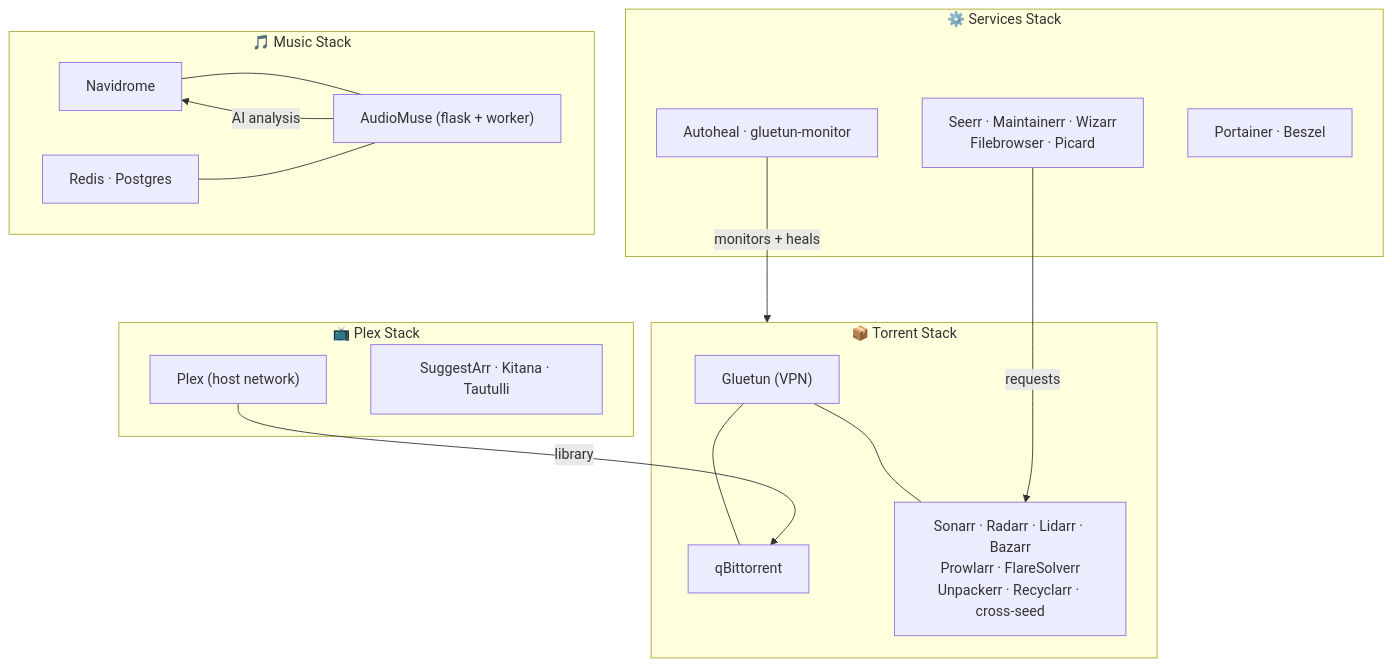
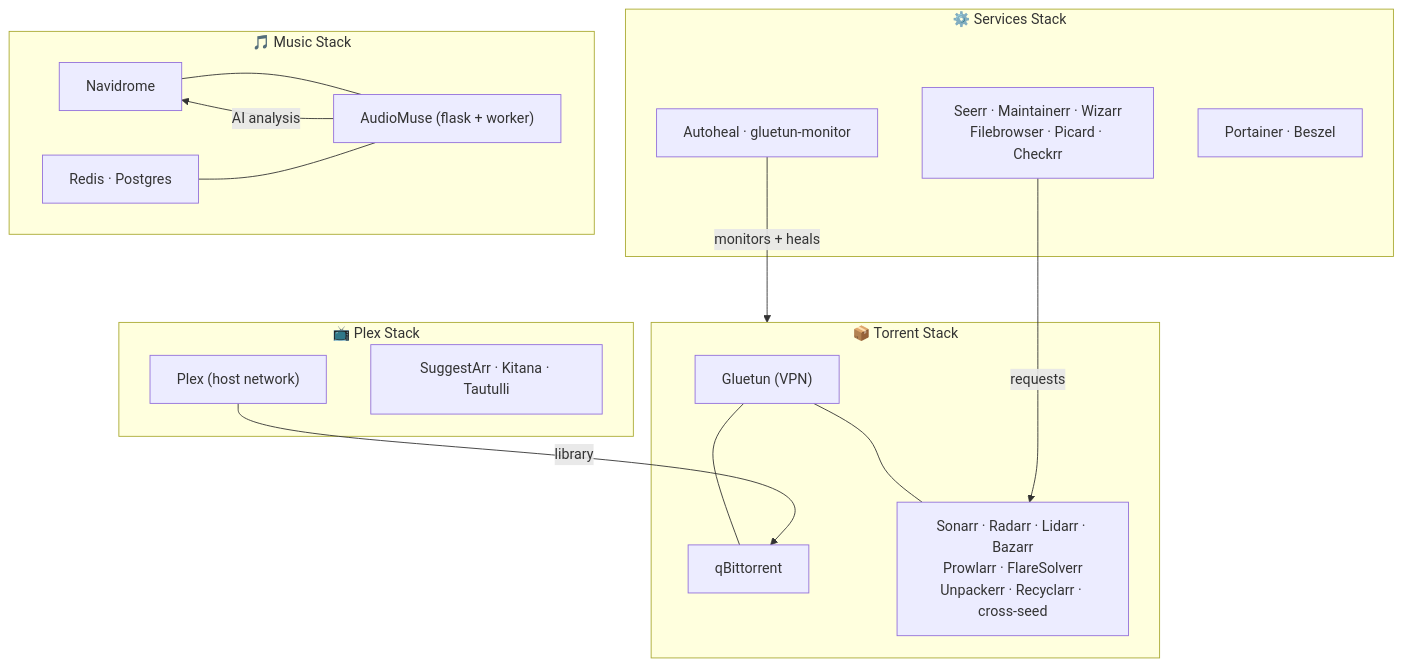
The diagram in README.md (ZisisKostakakis/homelab-media), drawn with Mermaid before and after one commit. The commit also changed other lines of this file and 1 other file, not shown here.

Commit message:
docs: document Checkrr setup and add it to service tables and diagrams

````diff
--- a/README.md
+++ b/README.md
@@ -36,33 +36,33 @@
 ```mermaid
 graph TB
     subgraph TORRENT["📦 Torrent Stack"]
         GL["Gluetun (VPN)"]
         QB["qBittorrent"]
         ARR["Sonarr · Radarr · Lidarr · Bazarr\nProwlarr · FlareSolverr\nUnpackerr · Recyclarr · cross-seed"]
         GL --- QB & ARR
     end
 
     subgraph PLEX["📺 Plex Stack"]
         PX["Plex (host network)"]
         PS["SuggestArr · Kitana · Tautulli"]
     end
 
     subgraph SERVICES["⚙️ Services Stack"]
-        SR["Seerr · Maintainerr · Wizarr\nFilebrowser · Picard"]
+        SR["Seerr · Maintainerr · Wizarr\nFilebrowser · Picard · Checkrr"]
         SH["Autoheal · gluetun-monitor"]
         OPS["Portainer · Beszel"]
     end
 
     subgraph MUSIC["🎵 Music Stack"]
         NAV["Navidrome"]
         AM["AudioMuse (flask + worker)"]
         DB["Redis · Postgres"]
         NAV --- AM
         DB --- AM
     end
 
     SR -->|"requests"| ARR
     PX -->|"library"| QB
     SH -->|"monitors + heals"| TORRENT
     AM -->|"AI analysis"| NAV
 ```
````
